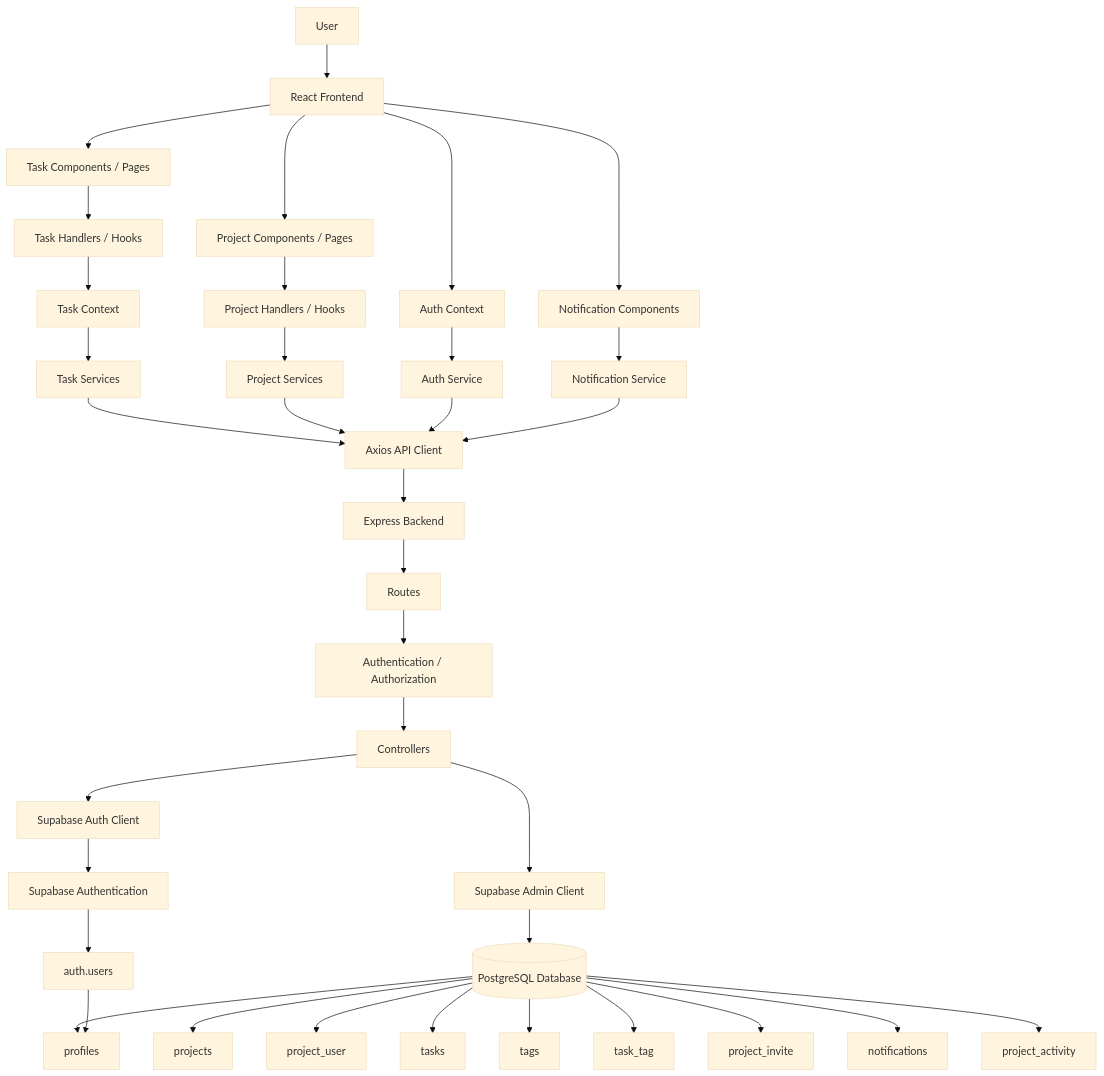
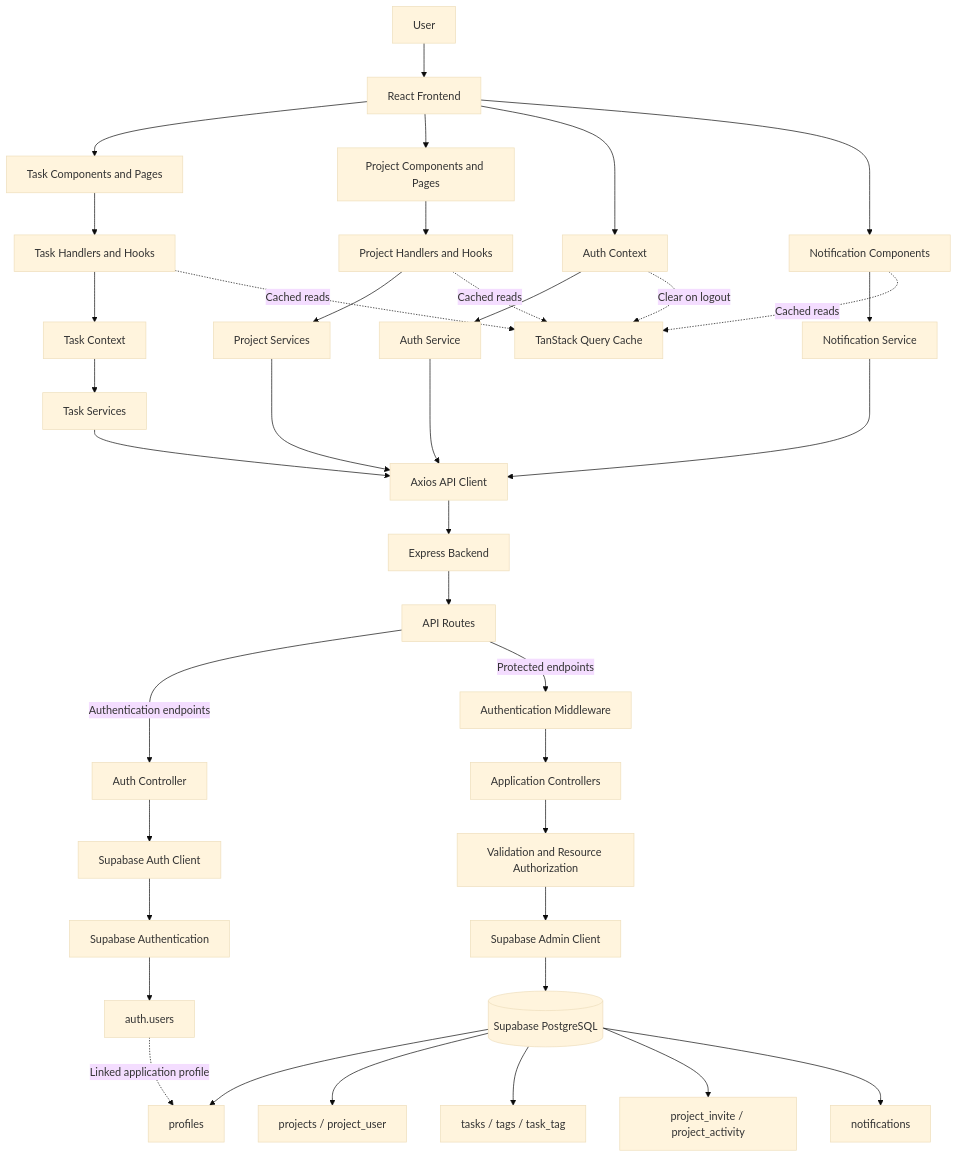
Before and after one commit to cjtarre/cmsc128-Lab1_CRUD_Sumergido-Tarre: the diagram in README.md, drawn with Mermaid (base theme). The commit also changed other lines of this file and 1 other file, not shown here.

Commit message:
docs: refine README and update database ERD

````diff
--- a/README.md
+++ b/README.md
@@ -156,54 +235,59 @@
 ```mermaid
 flowchart TD
     U[User] --> F[React Frontend]
 
     %% Frontend feature flows
-    F --> TC[Task Components / Pages]
-    TC --> TH[Task Handlers / Hooks]
+    F --> TC[Task Components and Pages]
+    TC --> TH[Task Handlers and Hooks]
     TH --> TCTX[Task Context]
     TCTX --> TS[Task Services]
 
-    F --> PC[Project Components / Pages]
-    PC --> PH[Project Handlers / Hooks]
+    F --> PC[Project Components and Pages]
+    PC --> PH[Project Handlers and Hooks]
     PH --> PS[Project Services]
 
     F --> AC[Auth Context]
     AC --> AS[Auth Service]
 
     F --> NC[Notification Components]
     NC --> NS[Notification Service]
 
+    %% Shared frontend cache
+    TH -.->|Cached reads| Q[TanStack Query Cache]
+    PH -.->|Cached reads| Q
+    NC -.->|Cached reads| Q
+    AC -.->|Clear on logout| Q
+
     %% Shared API communication
     TS --> API[Axios API Client]
     PS --> API
     AS --> API
     NS --> API
 
-    %% Backend
+    %% Backend routing
     API --> E[Express Backend]
-    E --> R[Routes]
-    R --> AUTHZ[Authentication / Authorization]
-    AUTHZ --> C[Controllers]
+    E --> R[API Routes]
 
-    %% Supabase clients
-    C --> SA[Supabase Admin Client]
-    C --> SC[Supabase Auth Client]
-
-    SA --> DB[(PostgreSQL Database)]
+    %% Authentication operations
+    R -->|Authentication endpoints| AUTHC[Auth Controller]
+    AUTHC --> SC[Supabase Auth Client]
     SC --> AUTH[Supabase Authentication]
 
-    %% Application data
+    %% Protected application operations
+    R -->|Protected endpoints| AUTHN[Authentication Middleware]
+    AUTHN --> C[Application Controllers]
+    C --> AUTHZ[Validation and Resource Authorization]
+    AUTHZ --> SA[Supabase Admin Client]
+    SA --> DB[(Supabase PostgreSQL)]
+
+    %% Application data grouped by purpose
     DB --> PROFILES[profiles]
-    DB --> PROJECTS[projects]
-    DB --> MEMBERS[project_user]
-    DB --> TASKS[tasks]
-    DB --> TAGS[tags]
-    DB --> TASKTAG[task_tag]
-    DB --> INVITES[project_invite]
+    DB --> PROJECTS["projects / project_user"]
+    DB --> TASKS["tasks / tags / task_tag"]
+    DB --> COLLAB["project_invite / project_activity"]
     DB --> NOTIFS[notifications]
-    DB --> ACTIVITY[project_activity]
 
     %% Authentication identity
     AUTH --> USERS[auth.users]
-    USERS --> PROFILES
+    USERS -.->|Linked application profile| PROFILES
 ```
````
